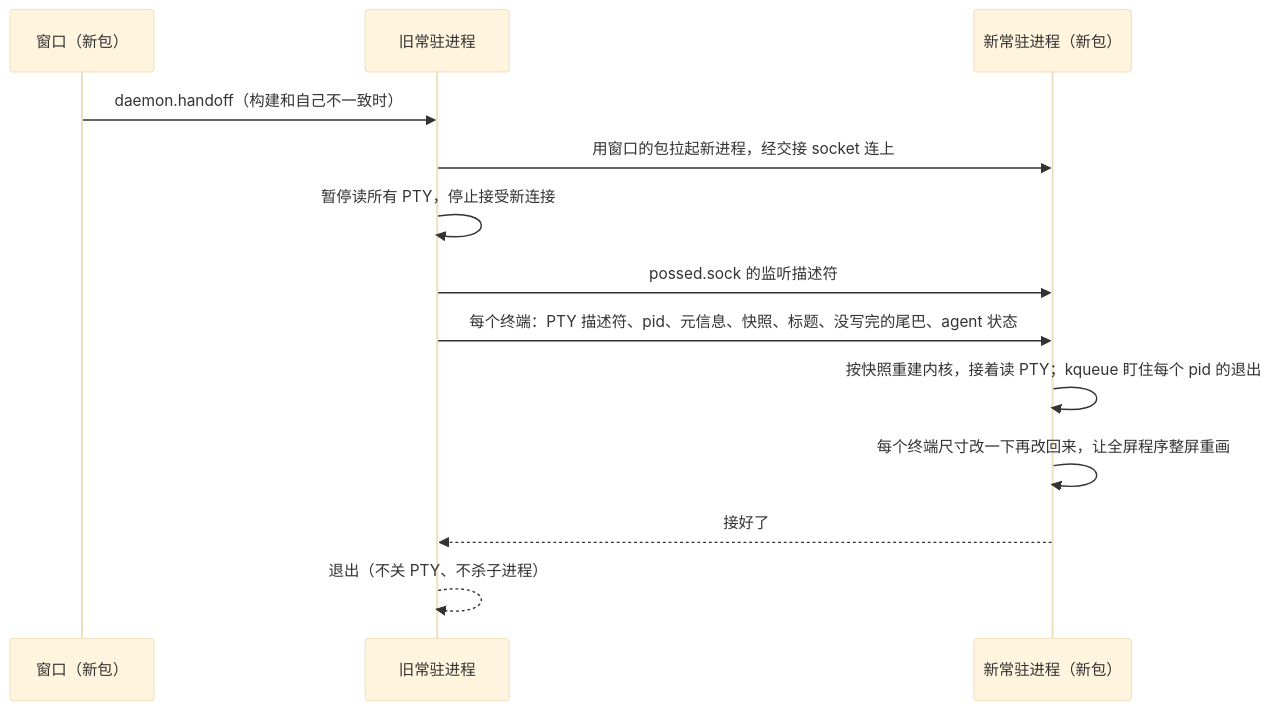
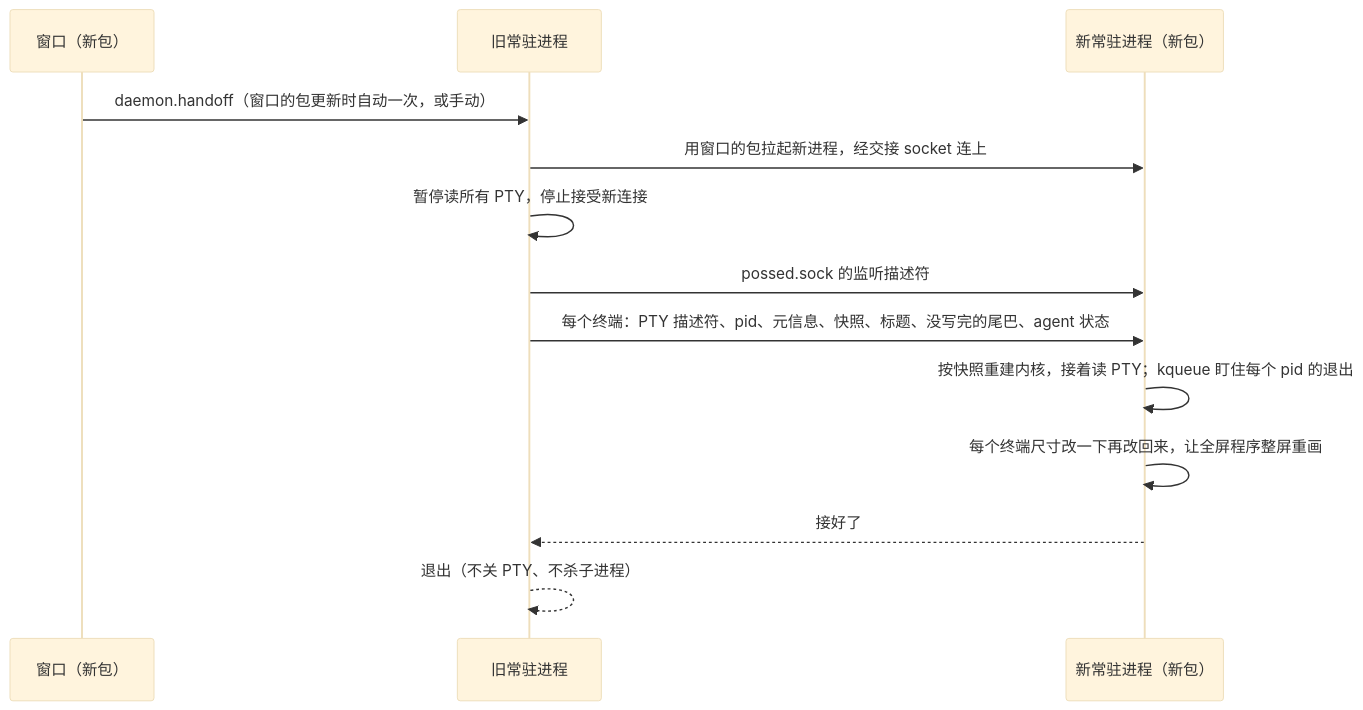
Before and after one commit to syanbo/posse: the diagram in docs/plans/terminal-host.md, drawn with Mermaid (base theme). The commit also changed other lines of this file and 24 other files, not shown here.

````diff
--- a/docs/plans/terminal-host.md
+++ b/docs/plans/terminal-host.md
@@ -9,15 +9,15 @@
 ```mermaid
 sequenceDiagram
   participant W as 窗口（新包）
   participant O as 旧常驻进程
   participant N as 新常驻进程（新包）
-  W->>O: daemon.handoff（构建和自己不一致时）
+  W->>O: daemon.handoff（窗口的包更新时自动一次，或手动）
   O->>N: 用窗口的包拉起新进程，经交接 socket 连上
   O->>O: 暂停读所有 PTY，停止接受新连接
   O->>N: possed.sock 的监听描述符
   O->>N: 每个终端：PTY 描述符、pid、元信息、快照、标题、没写完的尾巴、agent 状态
   N->>N: 按快照重建内核，接着读 PTY；kqueue 盯住每个 pid 的退出
   N->>N: 每个终端尺寸改一下再改回来，让全屏程序整屏重画
   N-->>O: 接好了
   O-->>O: 退出（不关 PTY、不杀子进程）
 ```
````
